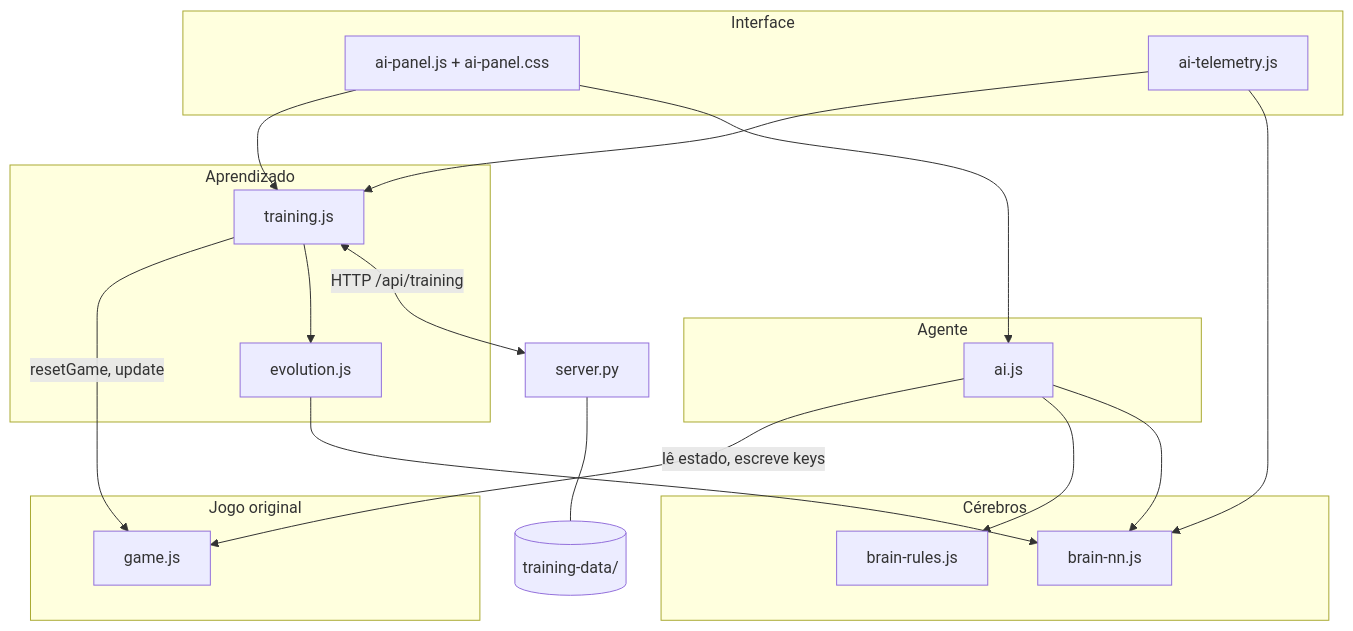
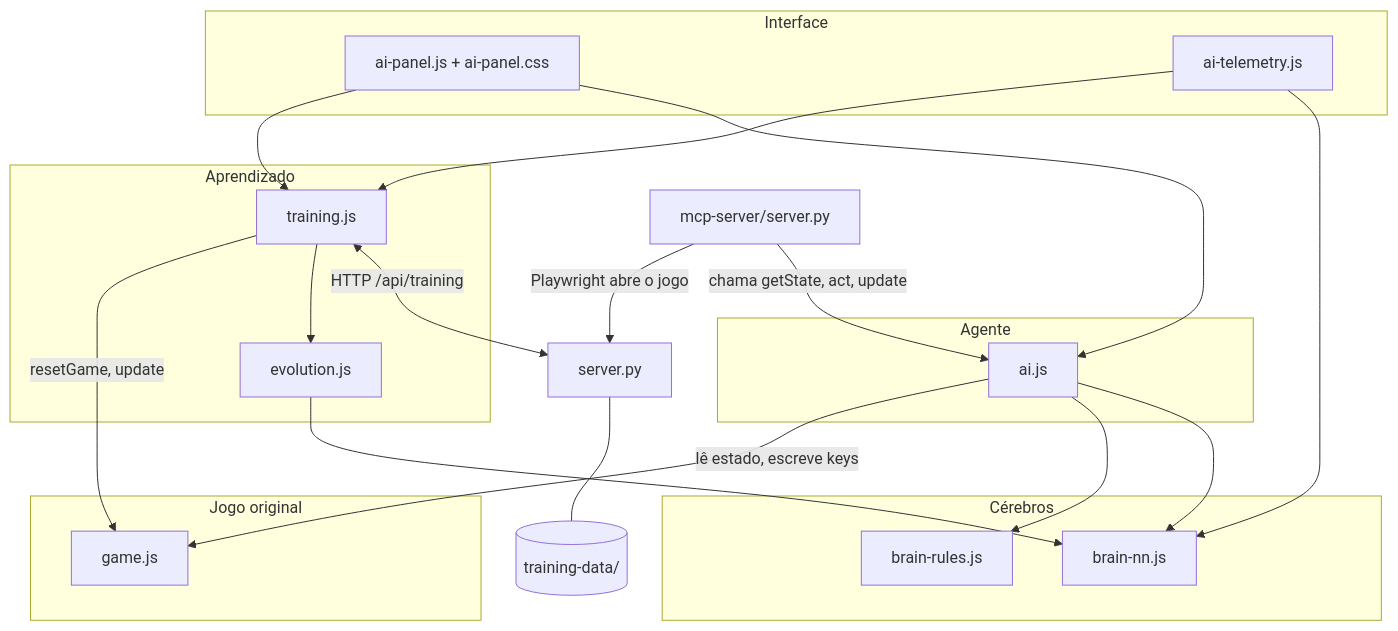
The second of 2 diagrams in docs/01-visao-geral.md (GuilhermeBrunholi/space-impact-ai), drawn with Mermaid before and after one commit. The commit also changed other lines of this file and 35 other files, not shown here.

````diff
--- a/docs/01-visao-geral.md
+++ b/docs/01-visao-geral.md
@@ -137,34 +137,36 @@
 ```mermaid
 flowchart TB
     subgraph Jogo original
         game[game.js]
     end
     subgraph Cérebros
         rules[brain-rules.js]
         nn[brain-nn.js]
     end
     subgraph Aprendizado
         evo[evolution.js]
         train[training.js]
     end
     subgraph Agente
         ai[ai.js]
     end
     subgraph Interface
         panel[ai-panel.js + ai-panel.css]
         tele[ai-telemetry.js]
     end
     server[server.py] --- data[(training-data/)]
+    mcp[mcp-server/server.py] -->|Playwright abre o jogo| server
+    mcp -->|chama getState, act, update| ai
 
     ai -->|lê estado, escreve keys| game
     ai --> rules
     ai --> nn
     train -->|resetGame, update| game
     train --> evo
     evo --> nn
     train <-->|HTTP /api/training| server
     panel --> train
     panel --> ai
     tele --> train
     tele --> nn
 ```
````
